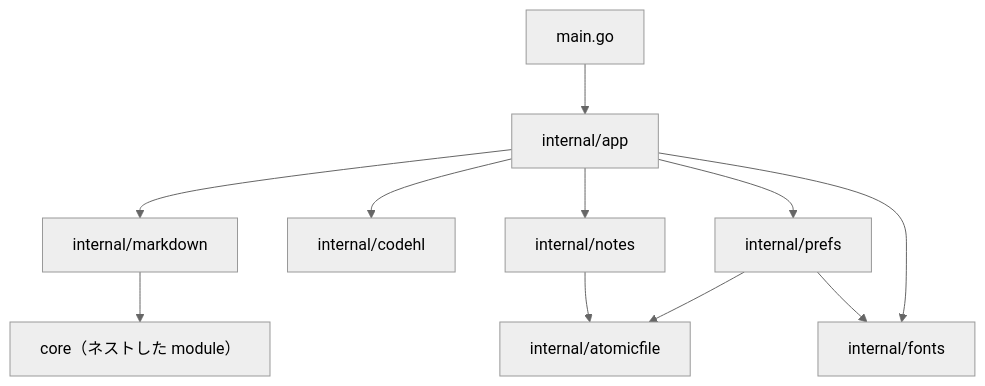
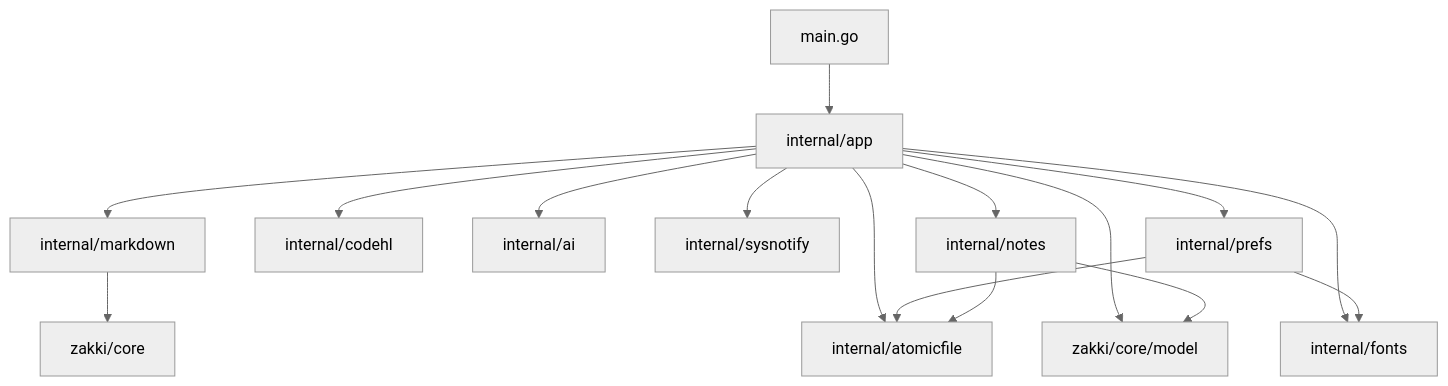
One commit to gomeen/Zakki changed the diagram in docs/ja/engineering-standard.md. Above: the diagram before and after it, drawn with Mermaid (neutral theme). The commit also changed other lines of this file and 39 other files, not shown here.

````diff
--- a/docs/ja/engineering-standard.md
+++ b/docs/ja/engineering-standard.md
@@ -49,22 +50,30 @@
 ```mermaid
 flowchart TD
     entry["main.go"]
     appPkg["internal/app"]
     mdPkg["internal/markdown"]
     hlPkg["internal/codehl"]
+    aiPkg["internal/ai"]
+    notifyPkg["internal/sysnotify"]
     notesPkg["internal/notes"]
     prefsPkg["internal/prefs"]
     fontsPkg["internal/fonts"]
     atomicPkg["internal/atomicfile"]
-    corePkg["core（ネストした module）"]
+    corePkg["zakki/core"]
+    modelPkg["zakki/core/model"]
     entry --> appPkg
     appPkg --> mdPkg
     appPkg --> hlPkg
+    appPkg --> aiPkg
+    appPkg --> notifyPkg
     appPkg --> notesPkg
     appPkg --> prefsPkg
     appPkg --> fontsPkg
+    appPkg --> atomicPkg
+    appPkg --> modelPkg
     prefsPkg --> atomicPkg
     prefsPkg --> fontsPkg
     notesPkg --> atomicPkg
+    notesPkg --> modelPkg
     mdPkg --> corePkg
 ```
````
